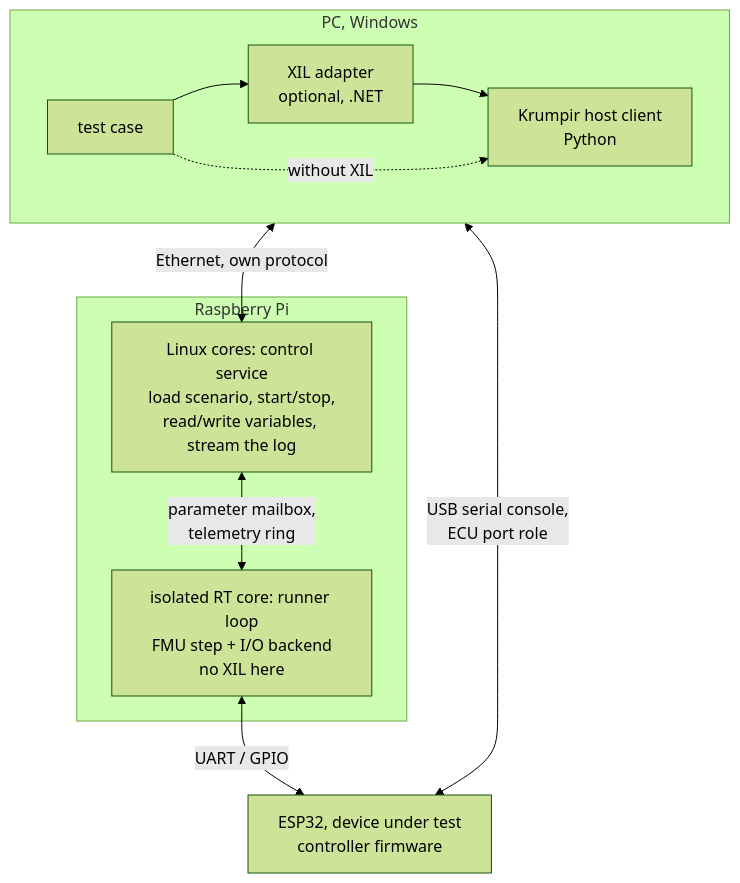
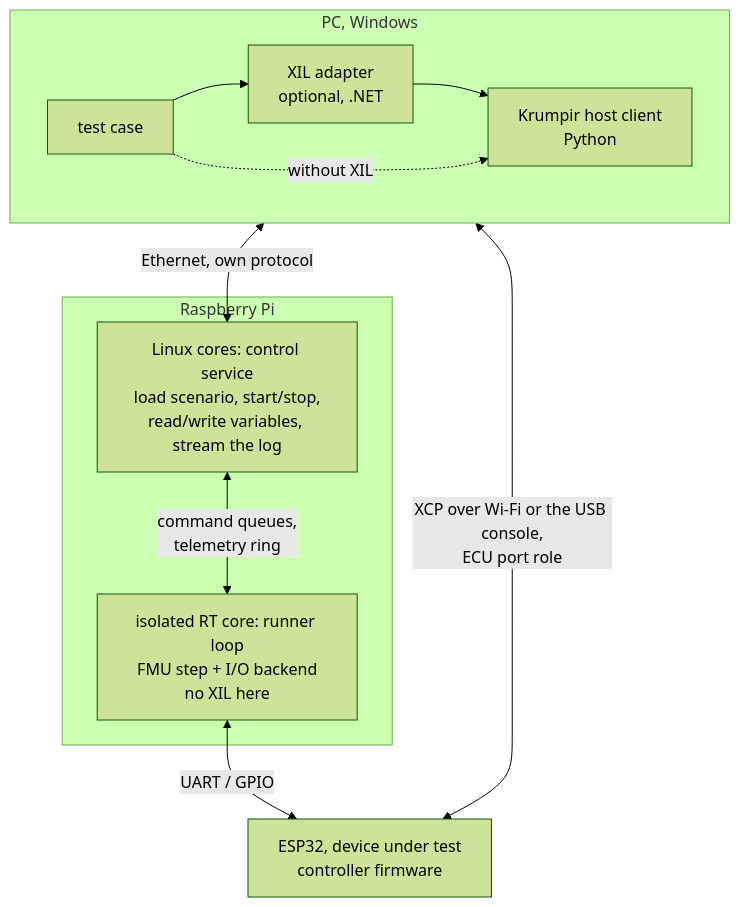
The second of 2 diagrams in docs/xil-standard.md (n1sk4/krumpir), drawn with Mermaid (forest theme) before and after one commit. The commit also changed other lines of this file and 6 other files, not shown here.

````diff
--- a/docs/xil-standard.md
+++ b/docs/xil-standard.md
@@ -134,17 +134,17 @@
 ```mermaid
 flowchart TB
   subgraph PC["PC, Windows"]
     direction LR
     TC["test case"] --> XA["XIL adapter<br/>optional, .NET"] --> HC["Krumpir host client<br/>Python"]
     TC -.->|without XIL| HC
   end
   subgraph PI["Raspberry Pi"]
     CS["Linux cores: control service<br/>load scenario, start/stop,<br/>read/write variables, stream the log"]
     RT["isolated RT core: runner loop<br/>FMU step + I/O backend<br/>no XIL here"]
-    CS <-->|parameter mailbox,<br/>telemetry ring| RT
+    CS <-->|command queues,<br/>telemetry ring| RT
   end
   DUT["ESP32, device under test<br/>controller firmware"]
   HC <-->|Ethernet, own protocol| CS
   RT <-->|UART / GPIO| DUT
-  HC <-->|USB serial console,<br/>ECU port role| DUT
+  HC <-->|XCP over Wi-Fi or the USB console,<br/>ECU port role| DUT
 ```
````
